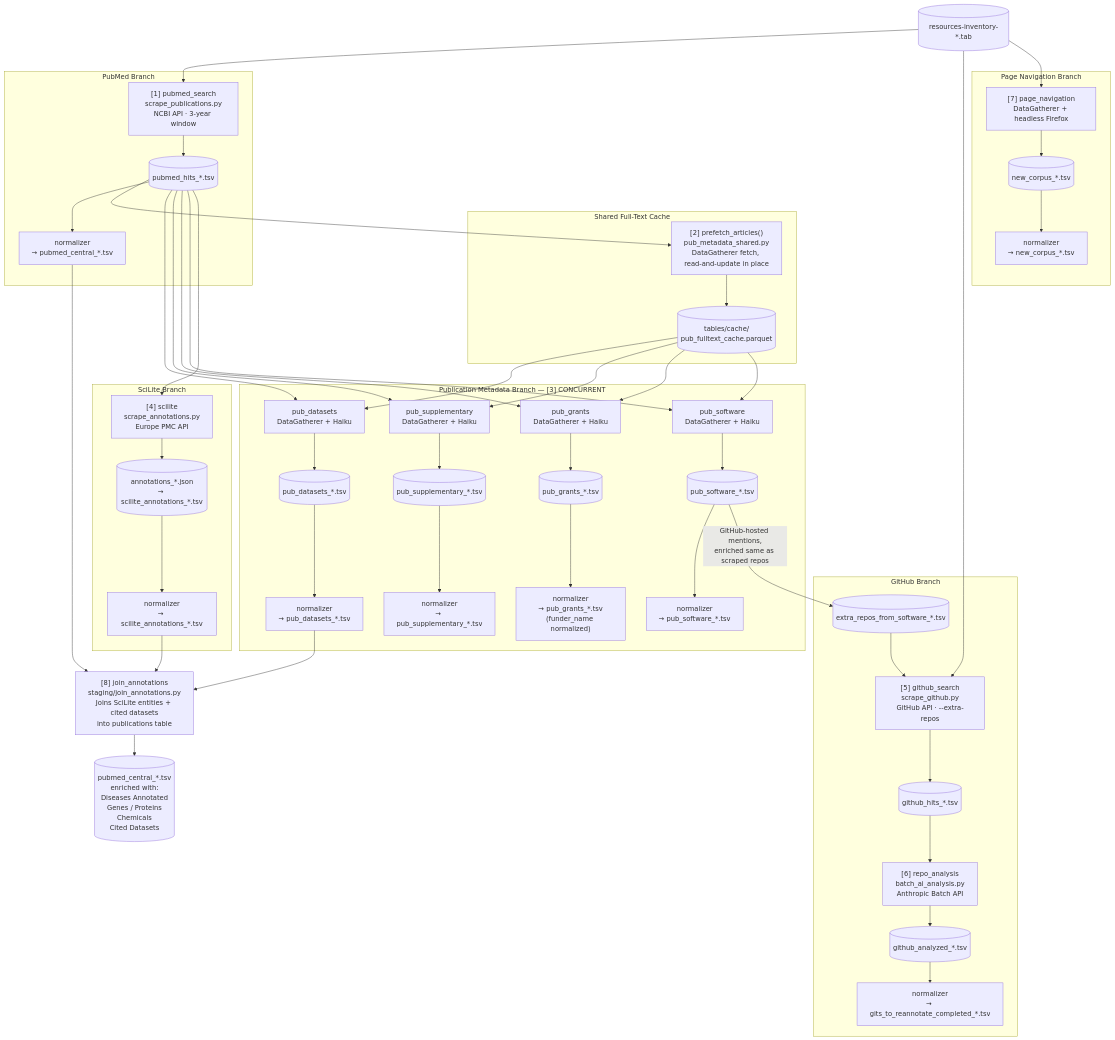
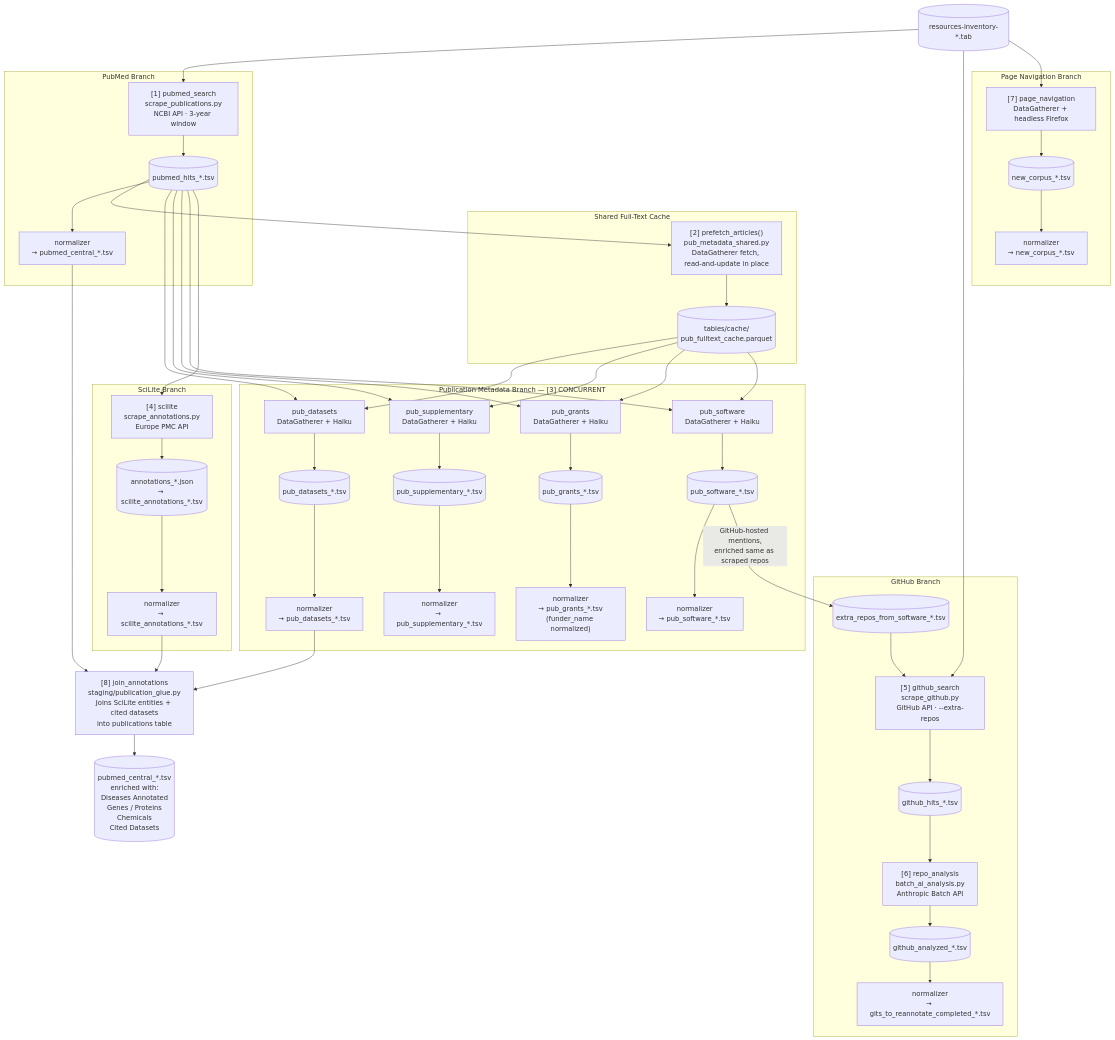
The diagram in docs/pipeline_diagram.md (NIH-CARD/CARD_catalog_v0), drawn with Mermaid before and after one commit. The commit also changed 10 other files, not shown here.

Commit message:
Combined Hits: Added build_misc_publication method in join_annotations.py file renamed to publication_glue.py, refactoring all the calls and imports

````diff
--- a/docs/pipeline_diagram.md
+++ b/docs/pipeline_diagram.md
@@ -3,81 +3,81 @@
 ```{mermaid}
 flowchart TD
     INV[(resources-inventory-*.tab)]
 
     INV --> S1
     INV --> S5g
     INV --> S7
 
     subgraph PubMed["PubMed Branch"]
         S1["[1] pubmed_search\nscrape_publications.py\nNCBI API · 3-year window"]
         H1[(pubmed_hits_*.tsv)]
         N1["normalizer\n→ pubmed_central_*.tsv"]
         S1 --> H1 --> N1
     end
 
     subgraph Prefetch["Shared Full-Text Cache"]
         PF["[2] prefetch_articles()\npub_metadata_shared.py\nDataGatherer fetch, read-and-update in place"]
         CACHE[(tables/cache/\npub_fulltext_cache.parquet)]
         PF --> CACHE
     end
 
     H1 --> PF
 
     subgraph PubMeta["Publication Metadata Branch — [3] CONCURRENT"]
         S3a["pub_datasets\nDataGatherer + Haiku"]
         S3b["pub_supplementary\nDataGatherer + Haiku"]
         S3c["pub_grants\nDataGatherer + Haiku"]
         S3d["pub_software\nDataGatherer + Haiku"]
         H3a[(pub_datasets_*.tsv)]
         H3b[(pub_supplementary_*.tsv)]
         H3c[(pub_grants_*.tsv)]
         H3d[(pub_software_*.tsv)]
         N3a["normalizer\n→ pub_datasets_*.tsv"]
         N3b["normalizer\n→ pub_supplementary_*.tsv"]
         N3c["normalizer\n→ pub_grants_*.tsv\n(funder_name normalized)"]
         N3d["normalizer\n→ pub_software_*.tsv"]
         S3a --> H3a --> N3a
         S3b --> H3b --> N3b
         S3c --> H3c --> N3c
         S3d --> H3d --> N3d
     end
 
     H1 --> S3a & S3b & S3c & S3d
     CACHE --> S3a & S3b & S3c & S3d
 
     subgraph SciLite["SciLite Branch"]
         S4["[4] scilite\nscrape_annotations.py\nEurope PMC API"]
         H4[(annotations_*.json\n→ scilite_annotations_*.tsv)]
         N4["normalizer\n→ scilite_annotations_*.tsv"]
         S4 --> H4 --> N4
     end
 
     H1 --> S4
 
     subgraph GitHub["GitHub Branch"]
         EXTRA[(extra_repos_from_software_*.tsv)]
         S5g["[5] github_search\nscrape_github.py\nGitHub API · --extra-repos"]
         H5[(github_hits_*.tsv)]
         S6["[6] repo_analysis\nbatch_ai_analysis.py\nAnthropic Batch API"]
         H6[(github_analyzed_*.tsv)]
         N6["normalizer\n→ gits_to_reannotate_completed_*.tsv"]
         S5g --> H5 --> S6 --> H6 --> N6
     end
 
     H3d -- "GitHub-hosted mentions,\nenriched same as scraped repos" --> EXTRA --> S5g
 
     subgraph PageNav["Page Navigation Branch"]
         S7["[7] page_navigation\nDataGatherer + headless Firefox"]
         H7[(new_corpus_*.tsv)]
         N7["normalizer\n→ new_corpus_*.tsv"]
         S7 --> H7 --> N7
     end
 
     N1 --> JA
     N3a --> JA
     N4 --> JA
 
-    JA["[8] join_annotations\nstaging/join_annotations.py\nJoins SciLite entities + cited datasets\ninto publications table"]
+    JA["[8] join_annotations\nstaging/publication_glue.py\nJoins SciLite entities + cited datasets\ninto publications table"]
 
     JA --> OUT[(pubmed_central_*.tsv\nenriched with:\nDiseases Annotated\nGenes / Proteins\nChemicals\nCited Datasets)]
 ```
````
